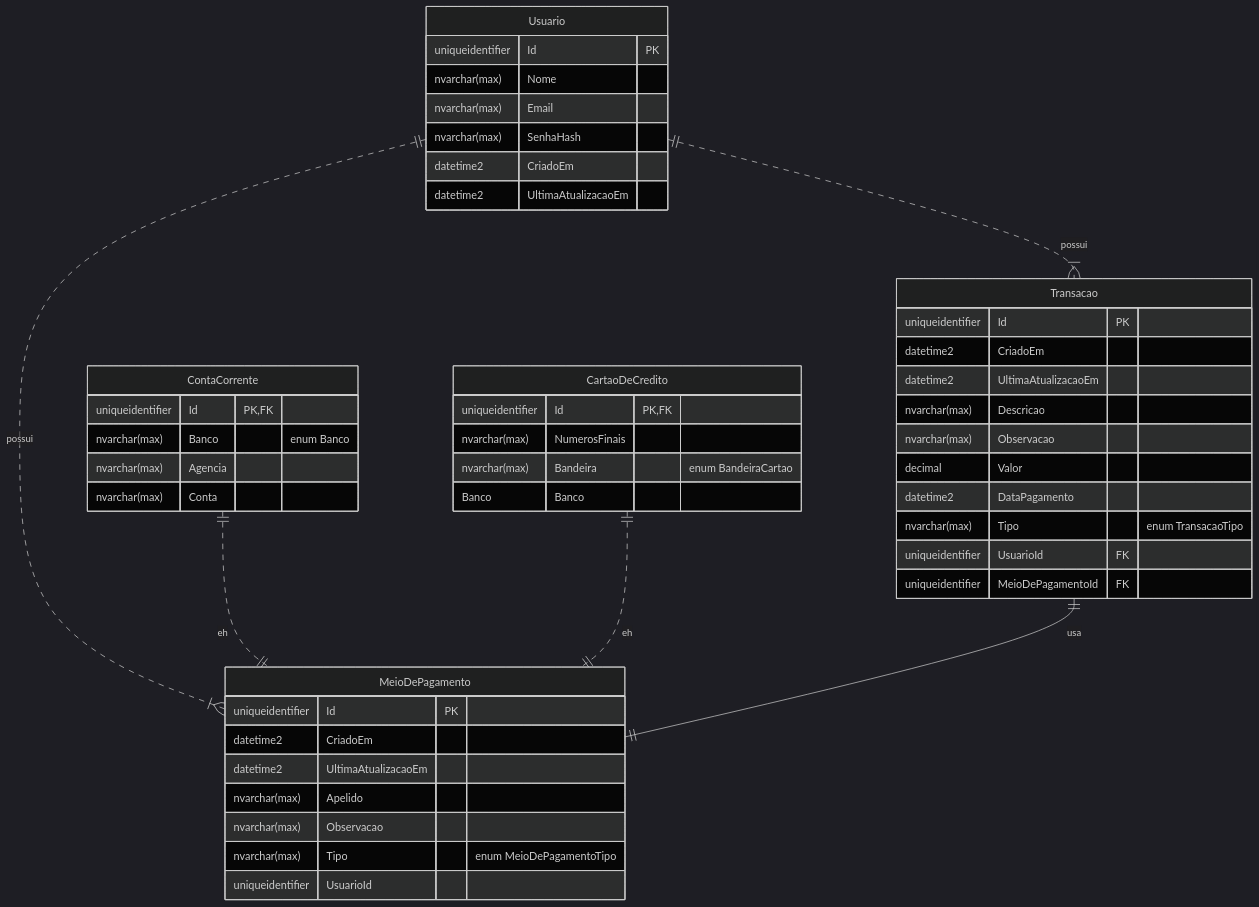
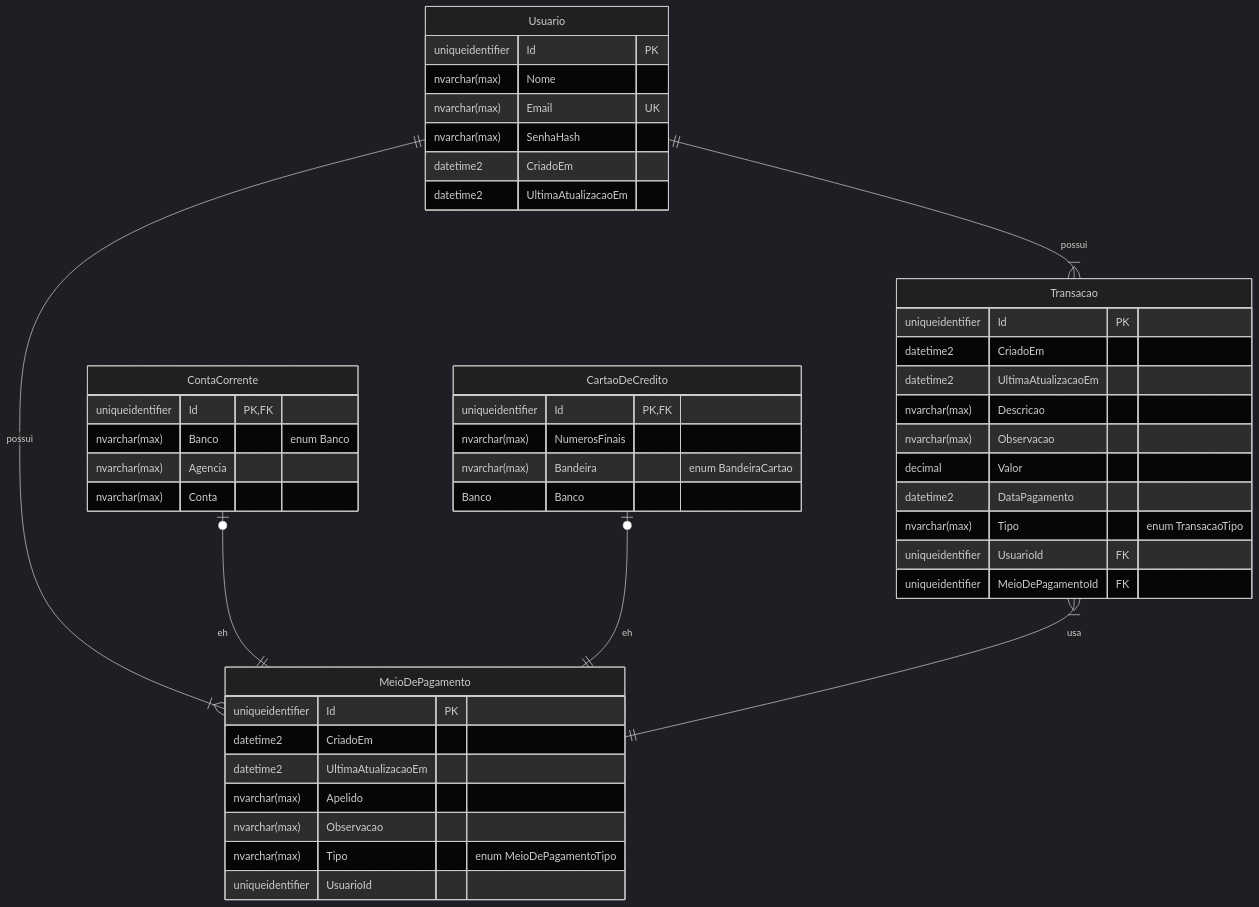
The fourth of 4 diagrams in README.md (gbLw1/MyCoreBanking), drawn with Mermaid (dark theme) before and after one commit. The commit also changed other lines of this file, not shown here.

Commit message:
elito mermaid

````diff
--- a/README.md
+++ b/README.md
@@ -110,55 +216,55 @@
 ```mermaid
 erDiagram
 
 ContaCorrente{
     uniqueidentifier Id PK, FK
     nvarchar(max) Banco "enum Banco"
     nvarchar(max) Agencia
     nvarchar(max) Conta
 }
 
 MeioDePagamento{
     uniqueidentifier Id PK
     datetime2 CriadoEm
     datetime2 UltimaAtualizacaoEm
     nvarchar(max) Apelido
     nvarchar(max) Observacao
     nvarchar(max) Tipo "enum MeioDePagamentoTipo"
     uniqueidentifier UsuarioId
 }
 
 CartaoDeCredito{
     uniqueidentifier Id PK, FK
     nvarchar(max) NumerosFinais
     nvarchar(max) Bandeira "enum BandeiraCartao"
     Banco Banco
 }
 
 Usuario{
     uniqueidentifier Id PK
     nvarchar(max) Nome
-    nvarchar(max) Email
+    nvarchar(max) Email UK
     nvarchar(max) SenhaHash
     datetime2 CriadoEm
     datetime2 UltimaAtualizacaoEm
 }
 
 Transacao{
     uniqueidentifier Id PK
     datetime2 CriadoEm
     datetime2 UltimaAtualizacaoEm
     nvarchar(max) Descricao
     nvarchar(max) Observacao
     decimal Valor
     datetime2 DataPagamento
     nvarchar(max) Tipo "enum TransacaoTipo"
     uniqueidentifier UsuarioId FK
     uniqueidentifier MeioDePagamentoId FK    
 }
 
-Usuario ||..|{ MeioDePagamento : possui
-Usuario ||..|{ Transacao : possui
-ContaCorrente ||..|| MeioDePagamento : eh
-CartaoDeCredito ||..|| MeioDePagamento : eh
-Transacao ||--|| MeioDePagamento : usa
+Usuario ||--|{ MeioDePagamento : possui
+Usuario ||--|{ Transacao : possui
+ContaCorrente |o--|| MeioDePagamento : eh
+CartaoDeCredito |o--|| MeioDePagamento : eh
+Transacao }|--|| MeioDePagamento : usa
 ```
````
